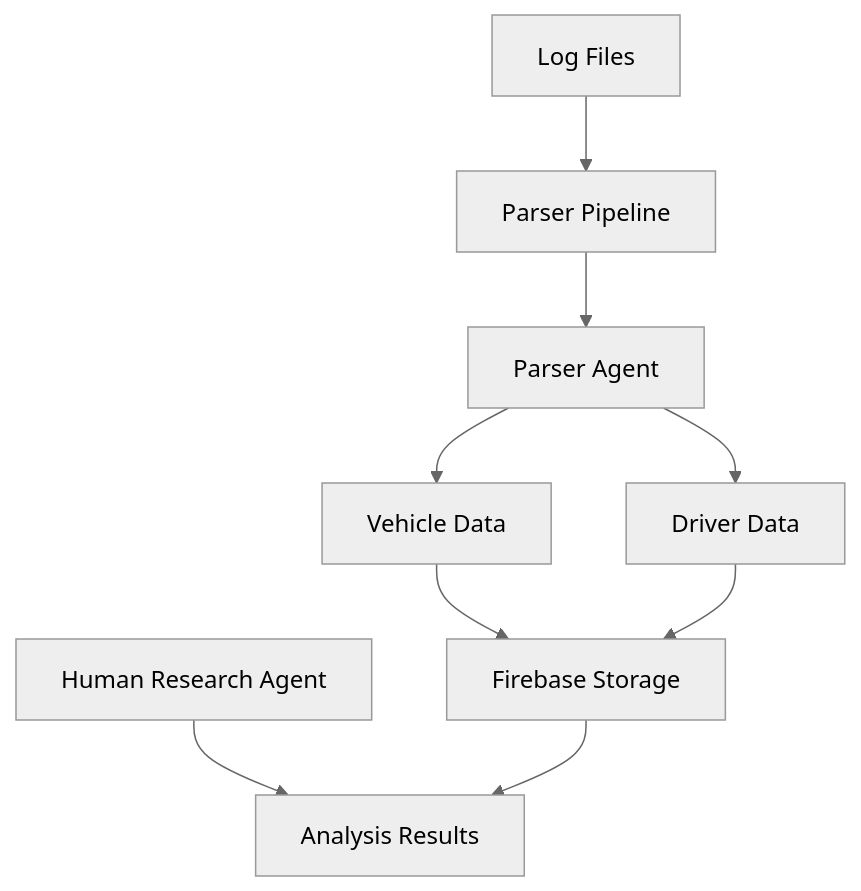
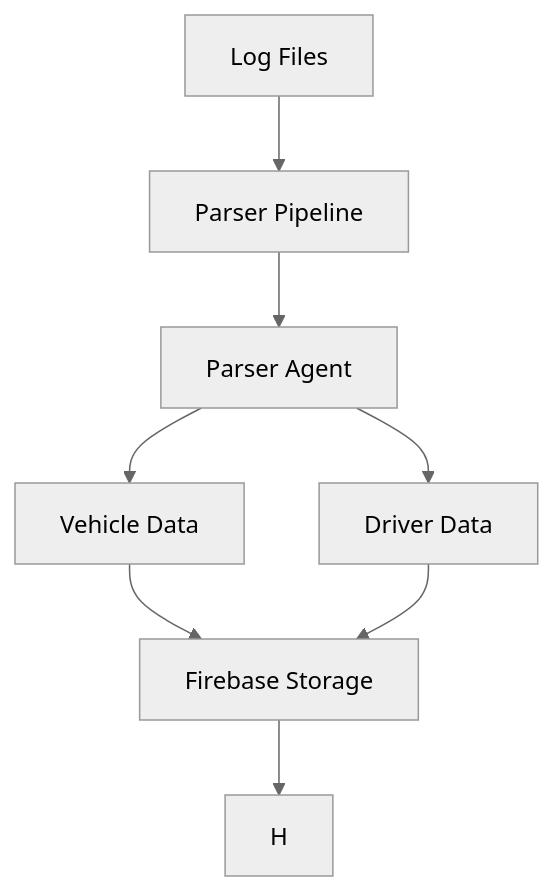
The diagram in README.md (ikustow/drivers_monitor), drawn with Mermaid (neutral theme) before and after one commit. The commit also changed other lines of this file, not shown here.

````diff
--- a/README.md
+++ b/README.md
@@ -11,11 +11,10 @@
 ```mermaid
 graph TD
     A[Log Files] --> B[Parser Pipeline]
     B --> C[Parser Agent]
     C --> D[Vehicle Data]
     C --> E[Driver Data]
     D --> F[Firebase Storage]
     E --> F
-    G[Human Research Agent] --> H[Analysis Results]
     F --> H
 ```
````
